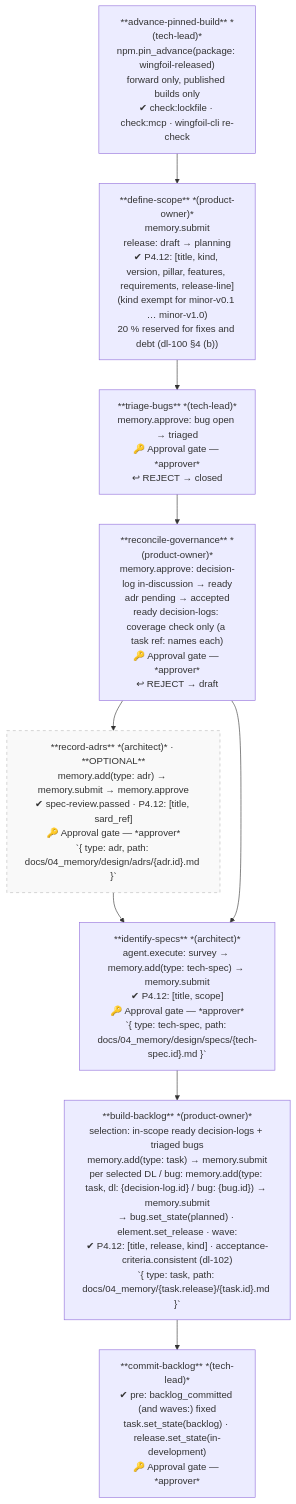
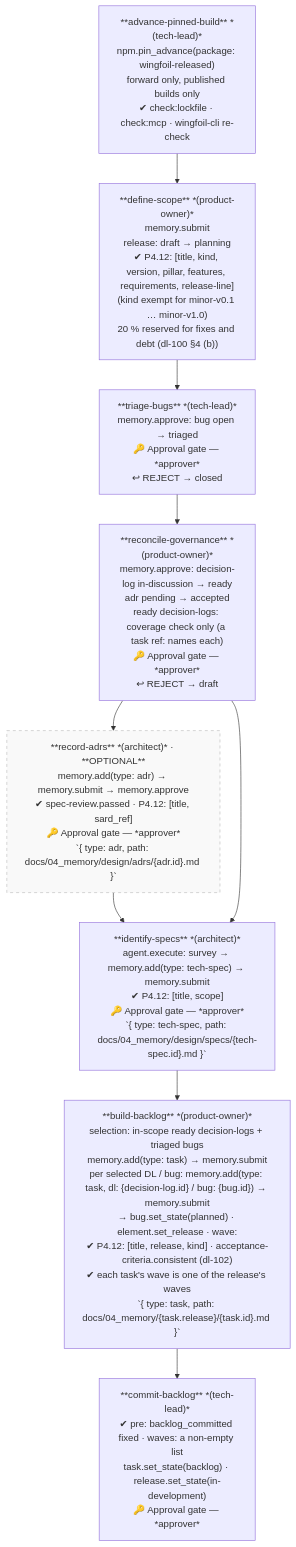
One commit to wingfoil/wingfoil changed diagram 11 of 29 in .wingfoil/WORKFLOW.md. Above: the diagram before and after it, drawn with Mermaid. The commit also changed other lines of this file and 8 other files, not shown here.

First line of the commit message:
fix(workflow): task-230 — review F1–F3, F5, F7: absent waves undecided, per-release wave tasks, concurrent waves stated, checks before the re-sweep

````diff
--- a/.wingfoil/WORKFLOW.md
+++ b/.wingfoil/WORKFLOW.md
@@ -311,16 +314,16 @@
 ```mermaid
 flowchart TD
     AB["**advance-pinned-build** *(tech-lead)*\nnpm.pin_advance(package: wingfoil-released)\nforward only, published builds only\n✔ check:lockfile · check:mcp · wingfoil-cli re-check"]
     DS["**define-scope** *(product-owner)*\nmemory.submit\nrelease: draft → planning\n✔ P4.12: [title, kind, version, pillar, features, requirements, release-line]\n(kind exempt for minor-v0.1 … minor-v1.0)\n20 % reserved for fixes and debt (dl-100 §4 (b))"]
     TB["**triage-bugs** *(tech-lead)*\nmemory.approve: bug open → triaged\n🔑 Approval gate — *approver*\n↩ REJECT → closed"]
     RG["**reconcile-governance** *(product-owner)*\nmemory.approve: decision-log in-discussion → ready\nadr pending → accepted\nready decision-logs: coverage check only (a task ref: names each)\n🔑 Approval gate — *approver*\n↩ REJECT → draft"]
     RA["**record-adrs** *(architect)* · **OPTIONAL**\nmemory.add(type: adr) → memory.submit → memory.approve\n✔ spec-review.passed · P4.12: [title, sard_ref]\n🔑 Approval gate — *approver*\n`{ type: adr, path: docs/04_memory/design/adrs/{adr.id}.md }`"]
     IS["**identify-specs** *(architect)*\nagent.execute: survey → memory.add(type: tech-spec) → memory.submit\n✔ P4.12: [title, scope]\n🔑 Approval gate — *approver*\n`{ type: tech-spec, path: docs/04_memory/design/specs/{tech-spec.id}.md }`"]
-    BB["**build-backlog** *(product-owner)*\nselection: in-scope ready decision-logs + triaged bugs\nmemory.add(type: task) → memory.submit\nper selected DL / bug: memory.add(type: task, dl: {decision-log.id} / bug: {bug.id}) → memory.submit\n→ bug.set_state(planned) · element.set_release · wave:\n✔ P4.12: [title, release, kind] · acceptance-criteria.consistent (dl-102)\n`{ type: task, path: docs/04_memory/{task.release}/{task.id}.md }`"]
-    CB["**commit-backlog** *(tech-lead)*\n✔ pre: backlog_committed (and waves:) fixed\ntask.set_state(backlog) · release.set_state(in-development)\n🔑 Approval gate — *approver*"]
+    BB["**build-backlog** *(product-owner)*\nselection: in-scope ready decision-logs + triaged bugs\nmemory.add(type: task) → memory.submit\nper selected DL / bug: memory.add(type: task, dl: {decision-log.id} / bug: {bug.id}) → memory.submit\n→ bug.set_state(planned) · element.set_release · wave:\n✔ P4.12: [title, release, kind] · acceptance-criteria.consistent (dl-102)\n✔ each task's wave is one of the release's waves\n`{ type: task, path: docs/04_memory/{task.release}/{task.id}.md }`"]
+    CB["**commit-backlog** *(tech-lead)*\n✔ pre: backlog_committed fixed · waves: a non-empty list\ntask.set_state(backlog) · release.set_state(in-development)\n🔑 Approval gate — *approver*"]
 
     AB --> DS --> TB --> RG --> RA --> IS --> BB --> CB
     RG --> IS
 
     style RA fill:#f9f9f9,stroke:#bbb,stroke-dasharray:5 5
 ```
````
